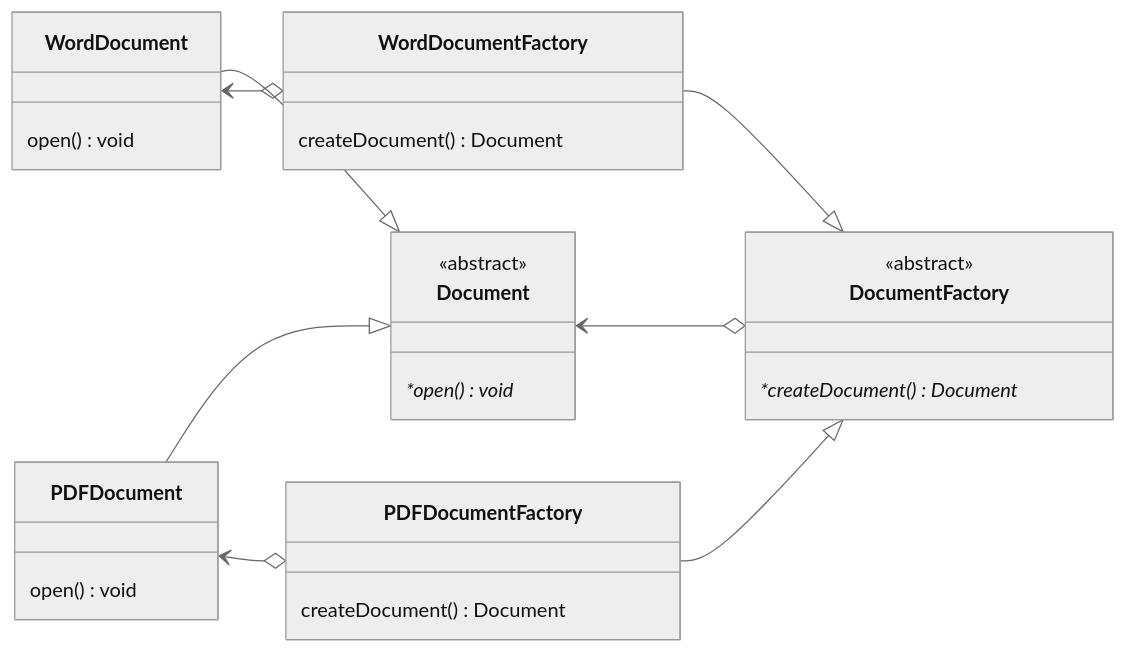
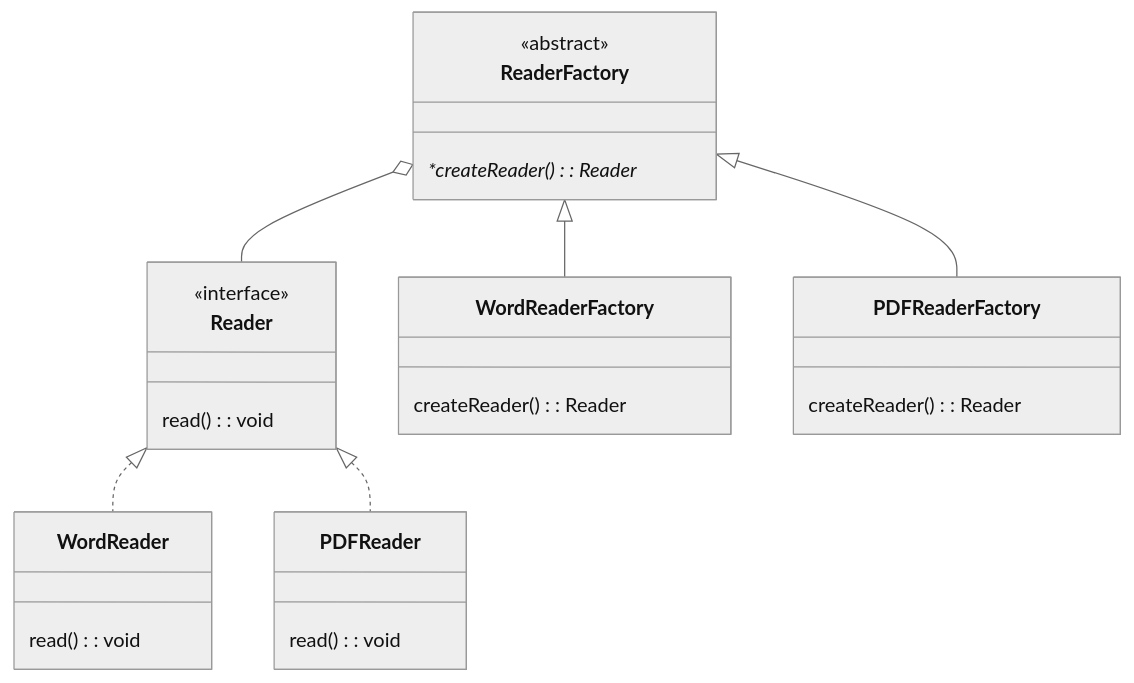
The second of 5 diagrams in _DESIGN-PATTERNS/1. Creational.md (manigolara/notes-v2), drawn with Mermaid (neutral theme) before and after one commit. The commit also changed other lines of this file and 24 other files, not shown here.

````diff
--- a/_DESIGN-PATTERNS/1. Creational.md
+++ b/_DESIGN-PATTERNS/1. Creational.md
@@ -48,40 +42,35 @@
-    ```mermaid
-    classDiagram
-    direction RL
-
-    class DocumentFactory {
-        <<abstract>>
-        *createDocument()* Document
+```mermaid
+classDiagram
+    class Reader {
+        <<interface>>
+        read(): void
     }
 
-    class WordDocumentFactory {
-        createDocument() Document
+    class WordReader {
+        read(): void
+    }
+    Reader <|.. WordReader
+
+    class PDFReader {
+        read(): void
+    }
+    Reader <|.. PDFReader
+
+    class ReaderFactory {
+        <<abstract>>
+        *createReader()*: Reader
     }
 
-    class PDFDocumentFactory {
-        createDocument() Document
+    class WordReaderFactory {
+        createReader(): Reader
     }
-    
-    class Document {
-        <<abstract>>
-        *open()* void
+    ReaderFactory <|-- WordReaderFactory
+
+    class PDFReaderFactory {
+        createReader(): Reader
     }
+    ReaderFactory <|-- PDFReaderFactory
 
-    class WordDocument {
-        open() void
-    }
+    ReaderFactory o-- Reader
 
-    class PDFDocument {
-        open() void
-    }
-
-    Document <|-- WordDocument
-    Document <|-- PDFDocument
-
-    DocumentFactory <|-- WordDocumentFactory
-    DocumentFactory <|-- PDFDocumentFactory
-
-    DocumentFactory o--> Document
-    WordDocumentFactory o--> WordDocument
-    PDFDocumentFactory o--> PDFDocument
-    ```
+```
````
